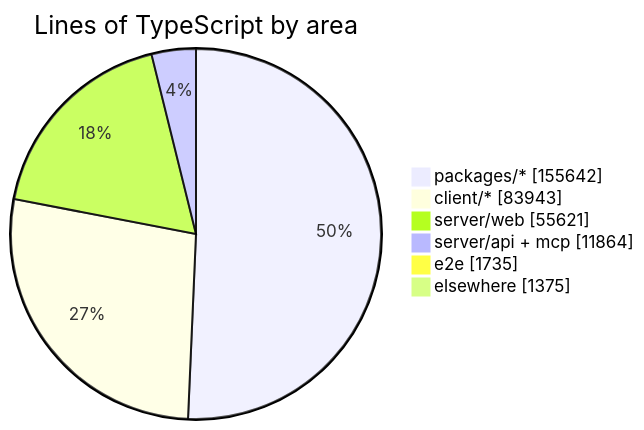
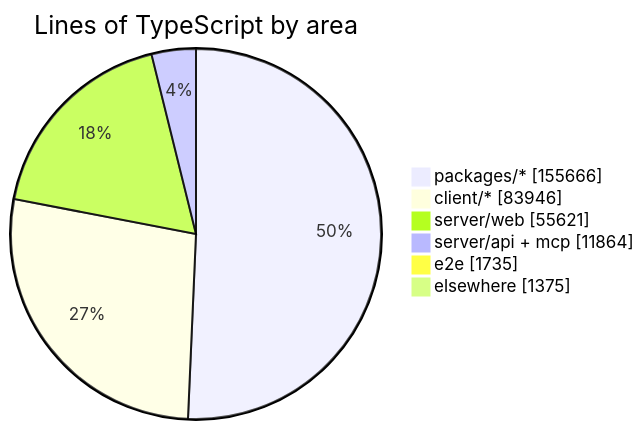
One commit to crossworks-engineering/mantle changed the diagram in README.md. Above: the diagram before and after it, drawn with Mermaid. The commit also changed other lines of this file and 4 other files, not shown here.

````diff
--- a/README.md
+++ b/README.md
@@ -279,9 +279,9 @@
 ```mermaid
 pie showData title Lines of TypeScript by area
-    "packages/*" : 155642
-    "client/*" : 83943
+    "packages/*" : 155666
+    "client/*" : 83946
     "server/web" : 55621
     "server/api + mcp" : 11864
     "e2e" : 1735
     "elsewhere" : 1375
 ```
````
